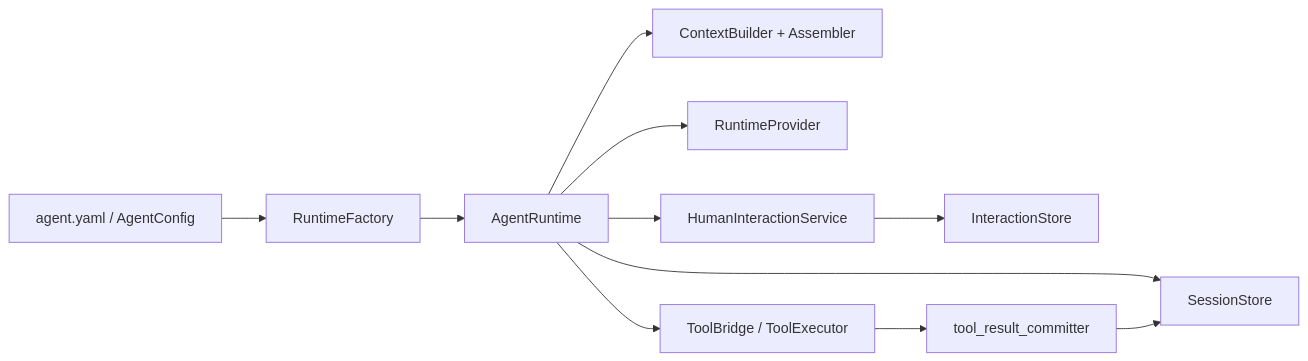
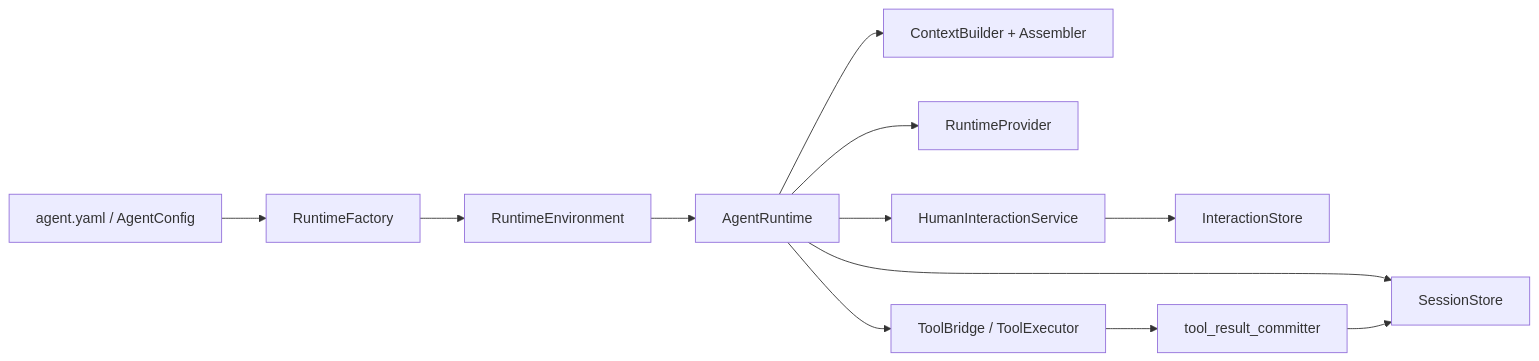
The first of 5 diagrams in src/iris/runtime/README.en.md (Tsubaki-01/Iris), drawn with Mermaid before and after one commit. The commit also changed other lines of this file and 19 other files, not shown here.

````diff
--- a/src/iris/runtime/README.en.md
+++ b/src/iris/runtime/README.en.md
@@ -56,13 +75,14 @@
 ```mermaid
 flowchart LR
     Config["agent.yaml / AgentConfig"] --> Factory["RuntimeFactory"]
-    Factory --> Runtime["AgentRuntime"]
+    Factory --> Environment["RuntimeEnvironment"]
+    Environment --> Runtime["AgentRuntime"]
     Runtime --> Context["ContextBuilder + Assembler"]
     Runtime --> Provider["RuntimeProvider"]
     Runtime --> Bridge["ToolBridge / ToolExecutor"]
     Runtime --> Session["SessionStore"]
     Runtime --> HITL["HumanInteractionService"]
     HITL --> Store["InteractionStore"]
     Bridge --> Commit["tool_result_committer"]
     Commit --> Session
 ```
````
